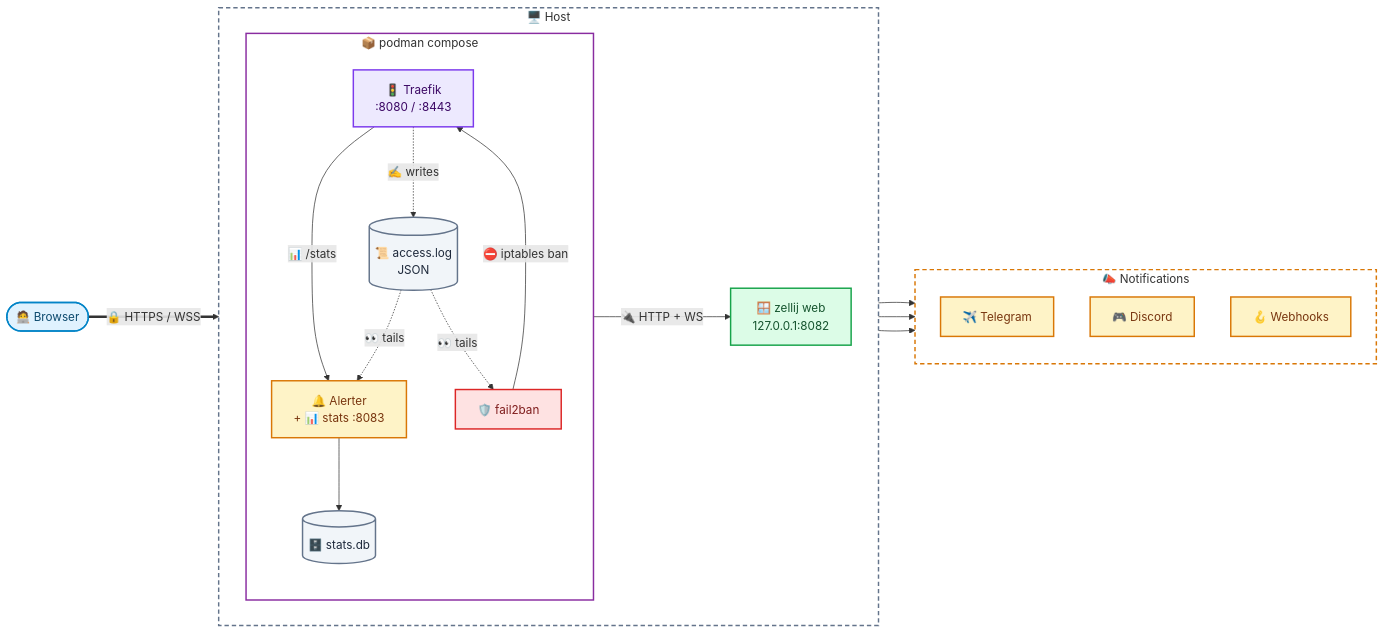
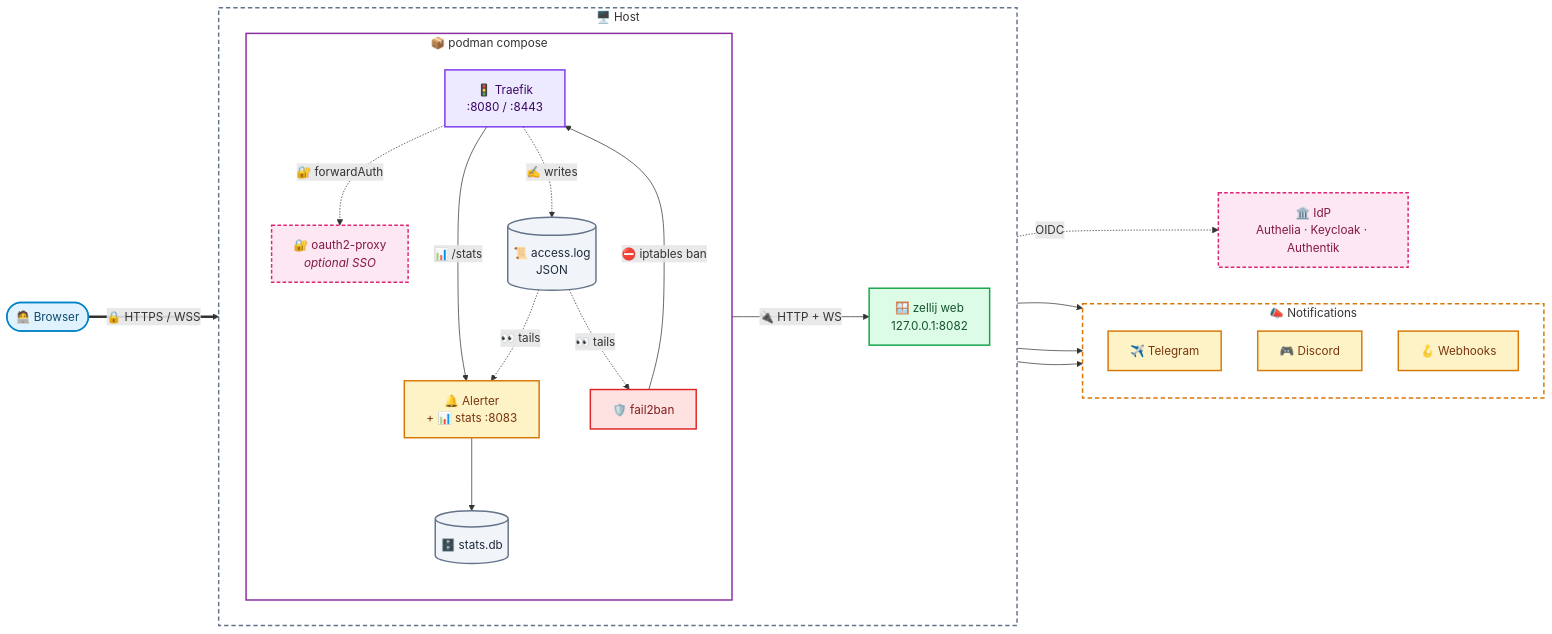
The first of 2 diagrams in README.md (thereisnotime/secure-zellij), drawn with Mermaid before and after one commit. The commit also changed other lines of this file and 14 other files, not shown here.

First line of the commit message:
feat: optional SSO in front of zellij (Authelia, Keycloak, Authentik)

````diff
--- a/README.md
+++ b/README.md
@@ -32,53 +33,60 @@
 ```mermaid
 flowchart LR
     user(["🧑‍💻 Browser"])
 
     subgraph host["🖥️ Host"]
         direction LR
         zellij["🪟 zellij web<br/>127.0.0.1:8082"]
 
         subgraph stack["📦 podman compose"]
             direction TB
             traefik["🚦 Traefik<br/>:8080 / :8443"]
+            o2p["🔐 oauth2-proxy<br/><i>optional SSO</i>"]
             logs[("📜 access.log<br/>JSON")]
             f2b["🛡️ fail2ban"]
             alerter["🔔 Alerter<br/>+ 📊 stats :8083"]
             db[("🗄️ stats.db")]
         end
     end
+
+    idp["🏛️ IdP<br/>Authelia · Keycloak · Authentik"]
 
     subgraph notify["📣 Notifications"]
         direction TB
         tg["✈️ Telegram"]
         dc["🎮 Discord"]
         wh["🪝 Webhooks"]
     end
 
     user == "🔒 HTTPS / WSS" ==> traefik
     traefik -- "🔌 HTTP + WS" --> zellij
+    traefik -. "🔐 forwardAuth" .-> o2p
+    o2p -. "OIDC" .-> idp
     traefik -- "📊 /stats" --> alerter
     traefik -. "✍️ writes" .-> logs
     logs -. "👀 tails" .-> f2b
     logs -. "👀 tails" .-> alerter
     f2b -- "⛔ iptables ban" --> traefik
     alerter --> db
     alerter --> tg & dc & wh
 
     classDef client fill:#e0f2fe,stroke:#0284c7,stroke-width:2px,color:#0c4a6e
     classDef proxy fill:#ede9fe,stroke:#7c3aed,stroke-width:2px,color:#3b0764
     classDef app fill:#dcfce7,stroke:#16a34a,stroke-width:2px,color:#14532d
     classDef guard fill:#fee2e2,stroke:#dc2626,stroke-width:2px,color:#7f1d1d
     classDef alert fill:#fef3c7,stroke:#d97706,stroke-width:2px,color:#78350f
+    classDef sso fill:#fce7f3,stroke:#db2777,stroke-width:2px,stroke-dasharray:5 3,color:#831843
     classDef store fill:#f1f5f9,stroke:#64748b,stroke-width:2px,color:#1e293b
 
     class user client
     class traefik proxy
     class zellij app
     class f2b guard
     class alerter,tg,dc,wh alert
+    class o2p,idp sso
     class logs,db store
 
     style host fill:transparent,stroke:#64748b,stroke-width:2px,stroke-dasharray:6 4
     style stack fill:transparent,stroke:#892ca0,stroke-width:2px
     style notify fill:transparent,stroke:#d97706,stroke-width:2px,stroke-dasharray:6 4
 ```
````
